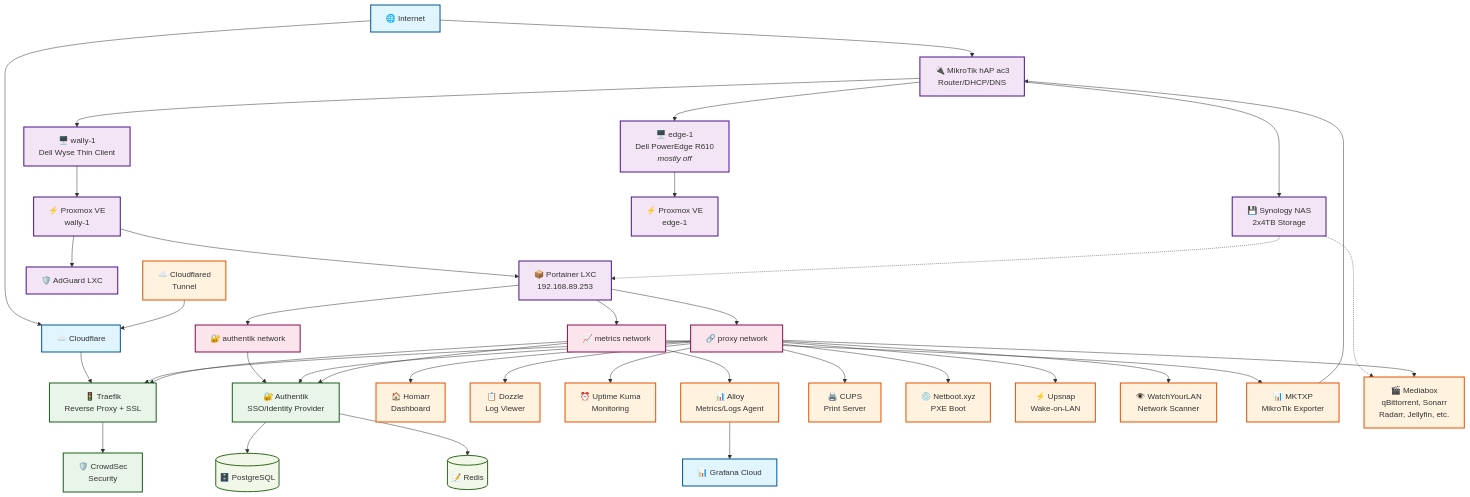
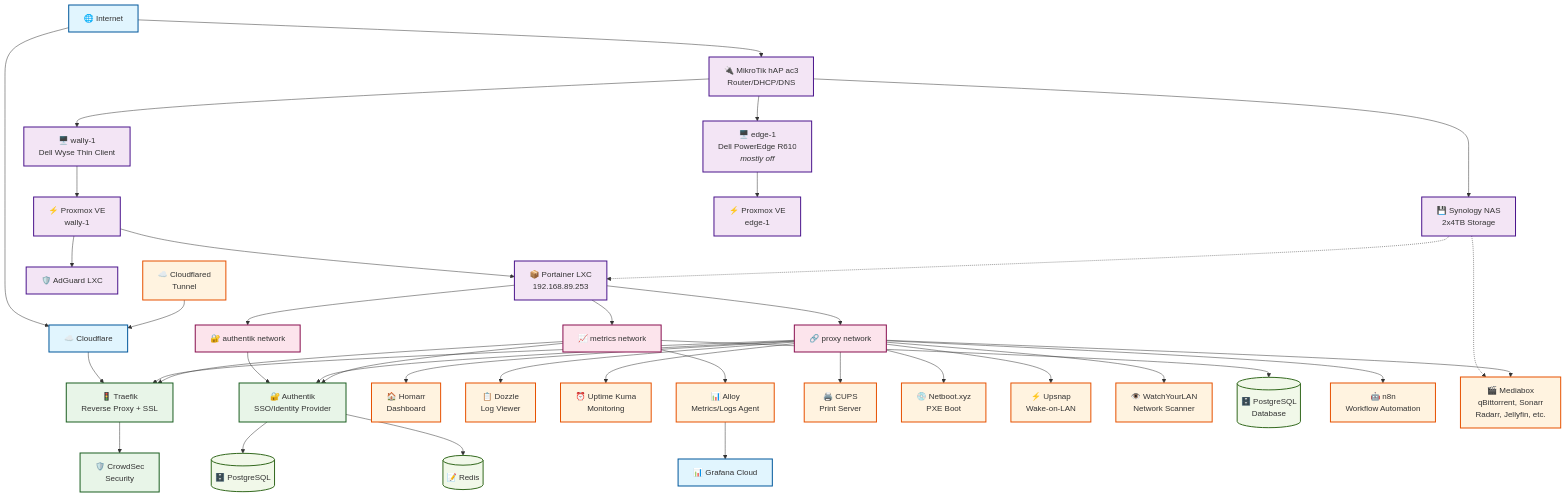
One commit to s3lcsum/gitops changed the diagram in README.md. Above: the diagram before and after it, drawn with Mermaid. The commit also changed other lines of this file and 29 other files, not shown here.

````diff
--- a/README.md
+++ b/README.md
@@ -337,7 +389,10 @@
     NetbootXYZ[💿 Netboot.xyz<br/>PXE Boot]
     Upsnap[⚡ Upsnap<br/>Wake-on-LAN]
     WatchYourLAN[👁️ WatchYourLAN<br/>Network Scanner]
-    MKTXP[📊 MKTXP<br/>MikroTik Exporter]
+
+    %% Database & Automation
+    PostgreSQL[(🗄️ PostgreSQL<br/>Database)]
+    N8N[🤖 n8n<br/>Workflow Automation]
 
     %% Media Stack
     Mediabox[🎬 Mediabox<br/>qBittorrent, Sonarr<br/>Radarr, Jellyfin, etc.]
@@ -388,17 +443,17 @@
     ProxyNet --> WatchYourLAN
     ProxyNet --> Mediabox
     ProxyNet --> NetbootXYZ
+    ProxyNet --> N8N
 
     %% Services connected to Metrics Network
     MetricsNet --> Traefik
     MetricsNet --> Authentik
     MetricsNet --> Alloy
-    MetricsNet --> MKTXP
+    MetricsNet --> PostgreSQL
 
     %% External Service Connections
     Cloudflared --> Cloudflare
     Alloy --> GrafanaCloud
-    MKTXP --> Router
 
     %% Styling
     classDef external fill:#e1f5fe,stroke:#01579b,stroke-width:2px
@@ -411,7 +466,7 @@
     class Internet,Cloudflare,GrafanaCloud external
     class Router,NAS,Wally1,Edge1,ProxmoxWally,ProxmoxEdge,PortainerLXC,AdGuardLXC infrastructure
     class Traefik,CrowdSec,Authentik core
-    class Homarr,Dozzle,UptimeKuma,Alloy,Cloudflared,CUPS,NetbootXYZ,Upsnap,WatchYourLAN,MKTXP,Mediabox service
+    class Homarr,Dozzle,UptimeKuma,Alloy,Cloudflared,CUPS,NetbootXYZ,Upsnap,WatchYourLAN,Mediabox,N8N service
     class ProxyNet,MetricsNet,AuthentikNet network
-    class AuthentikDB,AuthentikRedis storage
+    class AuthentikDB,AuthentikRedis,PostgreSQL storage
 ```
````
